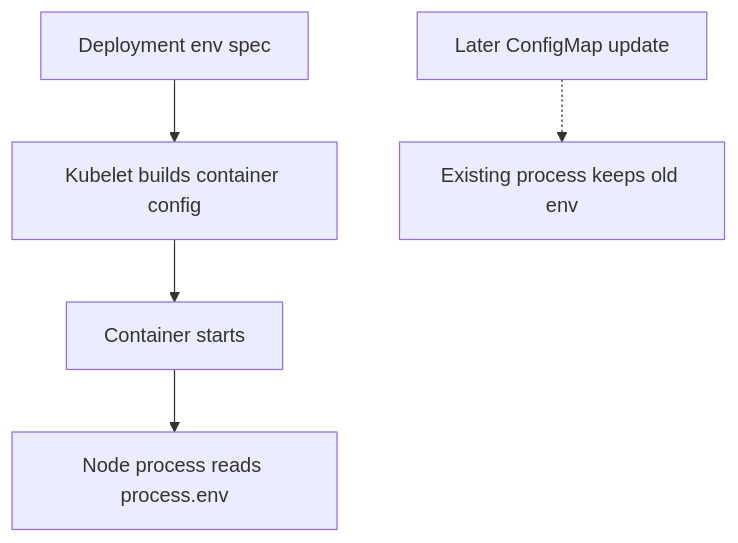
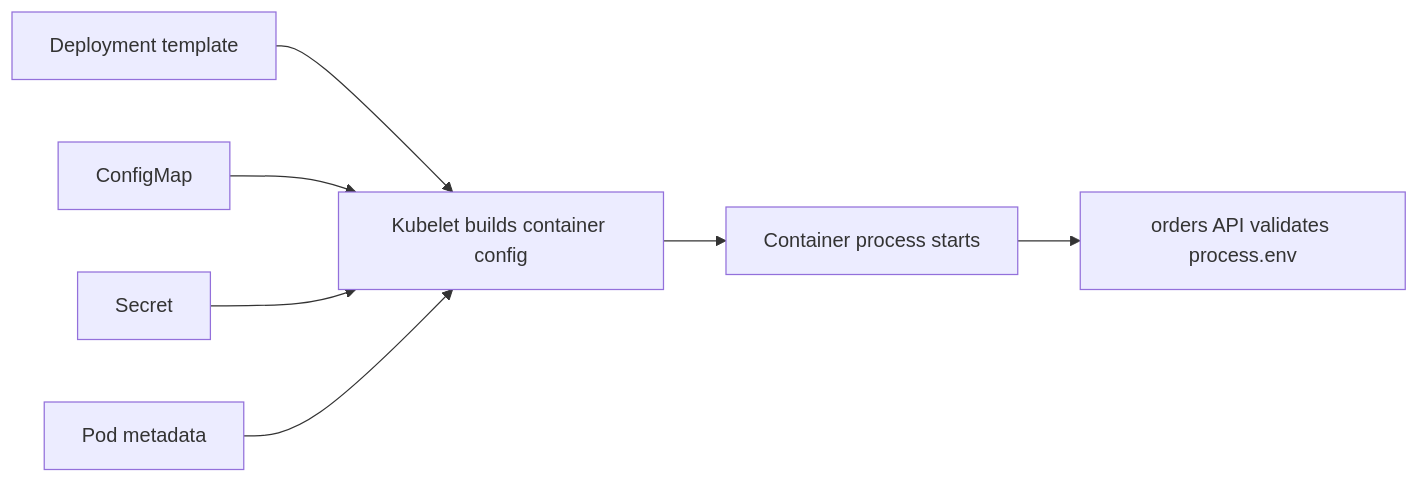
One commit to senlinyy/dev-roadmaps changed the diagram in containers-orchestration/kubernetes/configuration-storage/environment-variables.md. Above: the diagram before and after it, drawn with Mermaid. The commit also changed other lines of this file and 119 other files, not shown here.

````diff
--- a/containers-orchestration/kubernetes/configuration-storage/environment-variables.md
+++ b/containers-orchestration/kubernetes/configuration-storage/environment-variables.md
@@ -36,7 +33,9 @@
 ```mermaid
-flowchart TD
-    A["Deployment env spec"] --> B["Kubelet builds container config"]
-    B --> C["Container starts"]
-    C --> D["Node process reads process.env"]
-    E["Later ConfigMap update"] -.-> F["Existing process keeps old env"]
+flowchart LR
+    D["Deployment template"] --> K["Kubelet builds container config"]
+    CM["ConfigMap"] --> K
+    S["Secret"] --> K
+    M["Pod metadata"] --> K
+    K --> C["Container process starts"]
+    C --> A["orders API validates process.env"]
 ```
````
